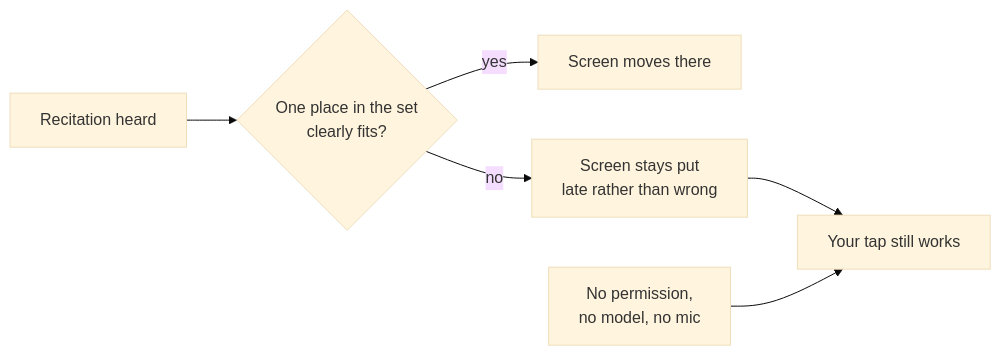
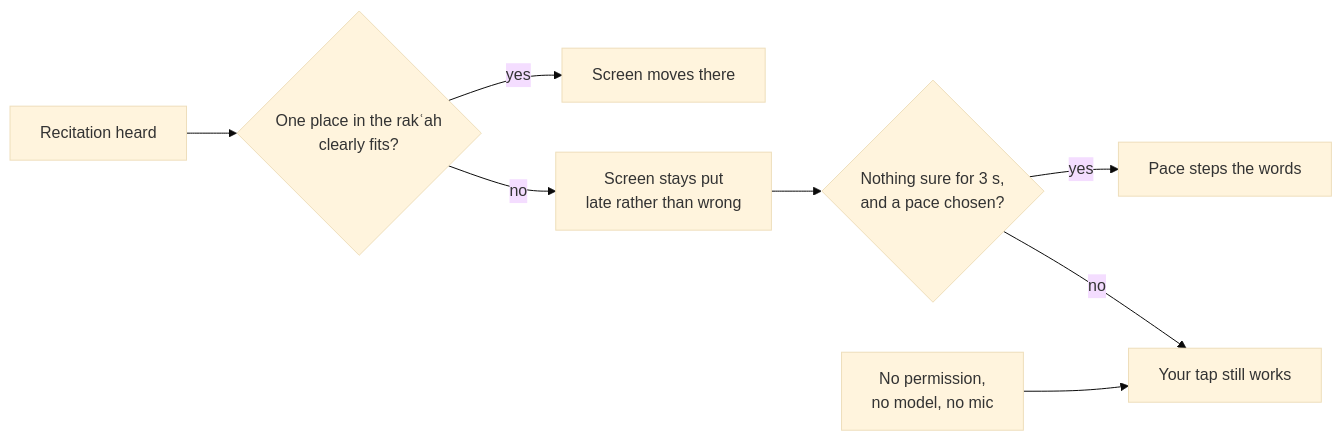
One commit to MohammadBnei/wird changed the second of 7 diagrams in docs/architecture/app/voice-follow.md. Above: the diagram before and after it, drawn with Mermaid (base theme). The commit also changed other lines of this file and 15 other files, not shown here.

````diff
--- a/docs/architecture/app/voice-follow.md
+++ b/docs/architecture/app/voice-follow.md
@@ -42,8 +42,10 @@
 ```mermaid
 flowchart LR
-  heard["Recitation heard"] --> sure{"One place in the set<br/>clearly fits?"}
+  heard["Recitation heard"] --> sure{"One place in the rakʿah<br/>clearly fits?"}
   sure -->|yes| move["Screen moves there"]
   sure -->|no| wait["Screen stays put<br/>late rather than wrong"]
-  wait --> tap["Your tap still works"]
+  wait --> lost{"Nothing sure for 3 s,<br/>and a pace chosen?"}
+  lost -->|yes| pace["Pace steps the words"]
+  lost -->|no| tap["Your tap still works"]
   missing["No permission,<br/>no model, no mic"] --> tap
 ```
````
